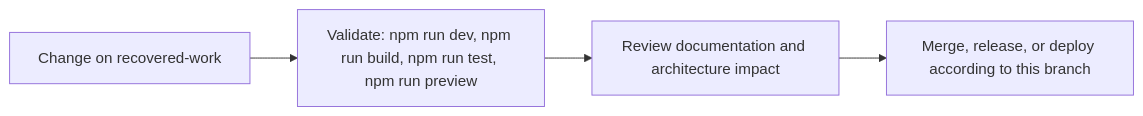
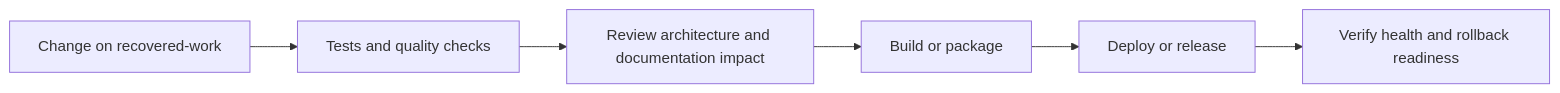
Before and after one commit to Nischhalsubba/neverwinter-live-parser: the seventh of 8 diagrams in README.md, drawn with Mermaid. The commit also changed other lines of this file, not shown here.

````diff
--- a/README.md
+++ b/README.md
@@ -65,8 +189,8 @@
 ```mermaid
 flowchart LR
-    CHANGE["Change on recovered-work"]
-    CHECK["Validate: npm run dev, npm run build, npm run test, npm run preview"]
-    REVIEW["Review documentation and architecture impact"]
-    RELEASE["Merge, release, or deploy according to this branch"]
-    CHANGE --> CHECK --> REVIEW --> RELEASE
+    CHANGE["Change on recovered-work"] --> CHECK["Tests and quality checks"]
+    CHECK --> REVIEW["Review architecture and documentation impact"]
+    REVIEW --> BUILD["Build or package"]
+    BUILD --> DEPLOY["Deploy or release"]
+    DEPLOY --> VERIFY["Verify health and rollback readiness"]
 ```
````
